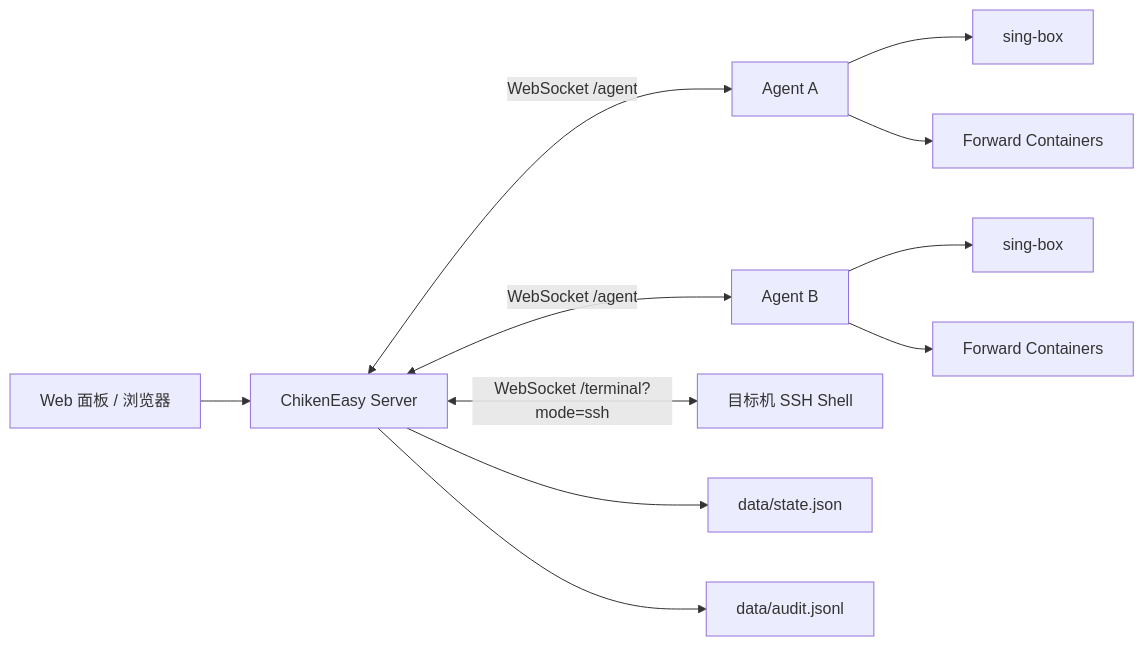
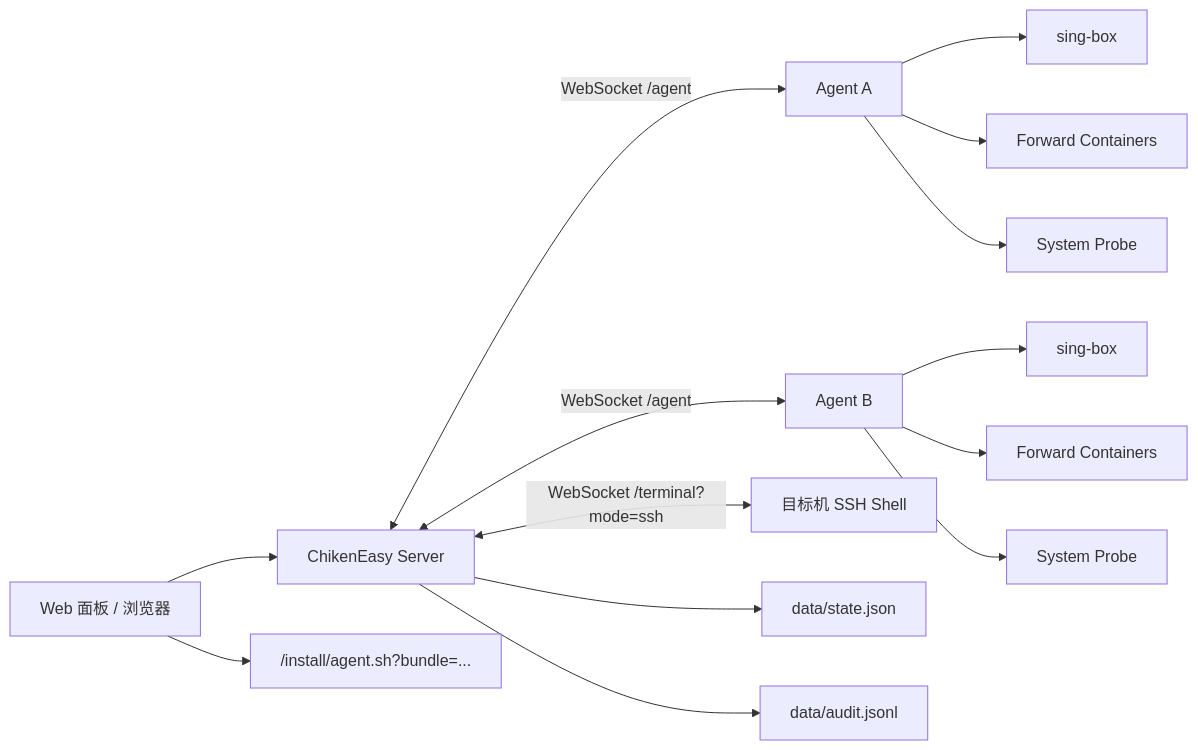
One commit to fengbule/chiken-easy changed the diagram in docs/architecture.md. Above: the diagram before and after it, drawn with Mermaid. The commit also changed other lines of this file and 17 other files, not shown here.

````diff
--- a/docs/architecture.md
+++ b/docs/architecture.md
@@ -5,13 +5,16 @@
 ```mermaid
 flowchart LR
   Admin["Web 面板 / 浏览器"] --> Server["ChikenEasy Server"]
+  Admin --> Install["/install/agent.sh?bundle=..."]
   Server <-->|"WebSocket /agent"| Agent1["Agent A"]
   Server <-->|"WebSocket /agent"| Agent2["Agent B"]
   Server <-->|"WebSocket /terminal?mode=ssh"| SSH["目标机 SSH Shell"]
   Agent1 --> SB1["sing-box"]
   Agent1 --> FW1["Forward Containers"]
+  Agent1 --> Probe1["System Probe"]
   Agent2 --> SB2["sing-box"]
   Agent2 --> FW2["Forward Containers"]
+  Agent2 --> Probe2["System Probe"]
   Server --> State["data/state.json"]
   Server --> Audit["data/audit.jsonl"]
 ```
````
